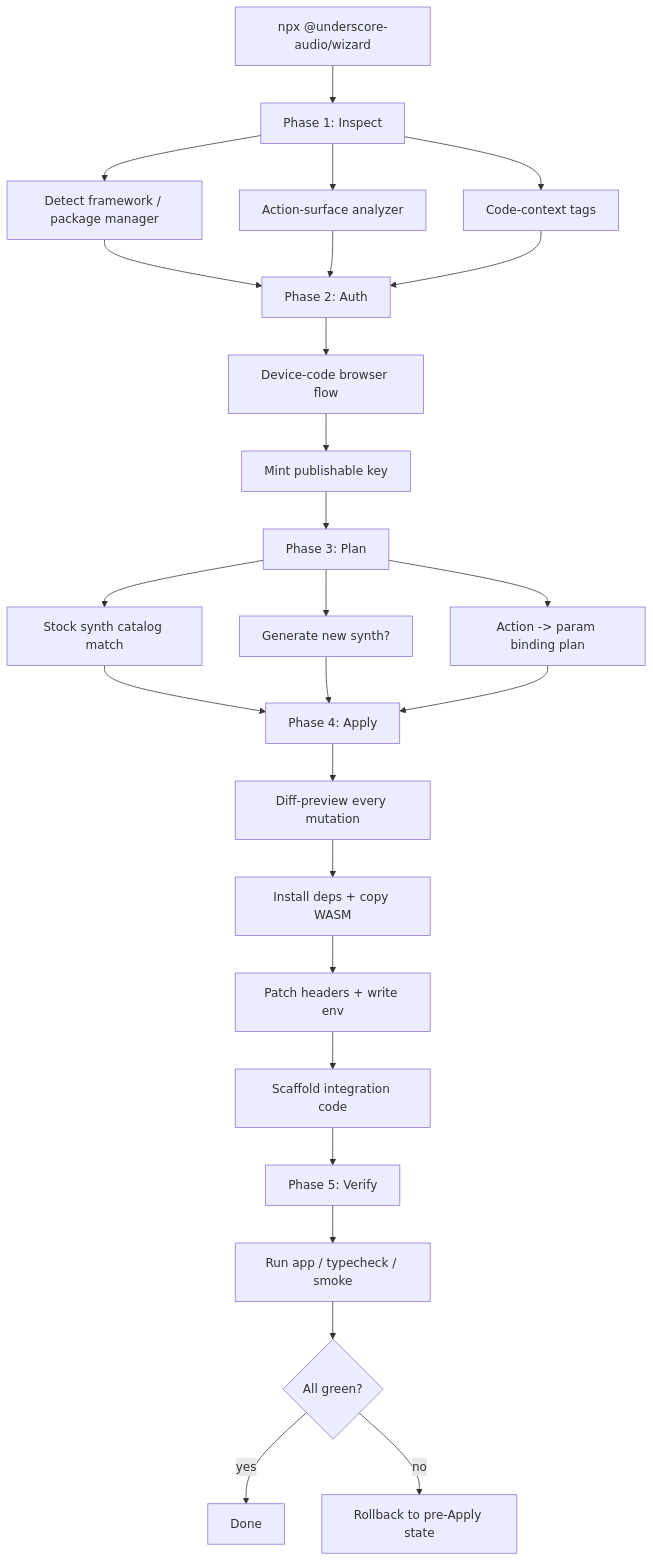
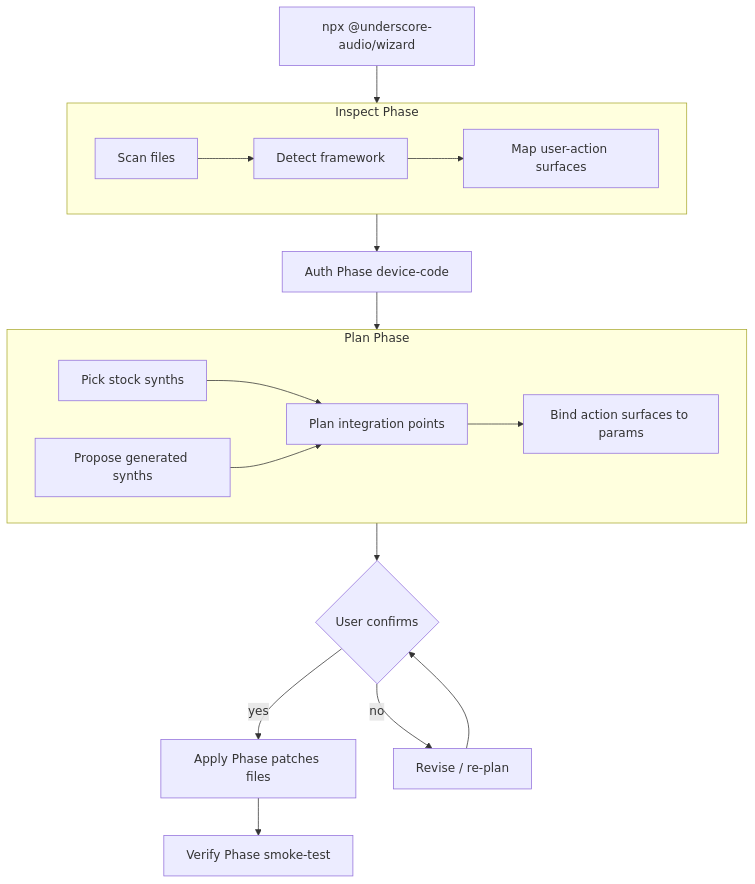
Before and after one commit to underscore-audio/underscore-web-sdk: the diagram in packages/wizard/VISION.md, drawn with Mermaid. The commit also changed other lines of this file, not shown here.

Commit message:
docs(wizard): swap in canonical architecture diagram and open questions

````diff
--- a/packages/wizard/VISION.md
+++ b/packages/wizard/VISION.md
@@ -33,24 +33,28 @@
 ```mermaid
 flowchart TD
-    A[npx @underscore-audio/wizard] --> B[Phase 1: Inspect]
-    B --> B1[Detect framework / package manager]
-    B --> B2[Action-surface analyzer]
-    B --> B3[Code-context tags]
-    B1 & B2 & B3 --> C[Phase 2: Auth]
-    C --> C1[Device-code browser flow]
-    C1 --> C2[Mint publishable key]
-    C2 --> D[Phase 3: Plan]
-    D --> D1[Stock synth catalog match]
-    D --> D2[Generate new synth?]
-    D --> D3[Action -> param binding plan]
-    D1 & D2 & D3 --> E[Phase 4: Apply]
-    E --> E1[Diff-preview every mutation]
-    E1 --> E2[Install deps + copy WASM]
-    E2 --> E3[Patch headers + write env]
-    E3 --> E4[Scaffold integration code]
-    E4 --> F[Phase 5: Verify]
-    F --> F1[Run app / typecheck / smoke]
-    F1 --> G{All green?}
-    G -- yes --> H[Done]
-    G -- no --> I[Rollback to pre-Apply state]
+    cli["npx @underscore-audio/wizard"] --> inspect[Inspect Phase]
+    inspect --> auth[Auth Phase device-code]
+    auth --> plan["Plan Phase build proposal"]
+    plan --> confirm{User confirms}
+    confirm -->|yes| apply[Apply Phase patches files]
+    confirm -->|no| revise[Revise / re-plan]
+    revise --> confirm
+    apply --> verify[Verify Phase smoke-test]
+
+    subgraph inspect [Inspect Phase]
+        repoScan[Scan files]
+        frameworkDetect[Detect framework]
+        actionMap[Map user-action surfaces]
+        repoScan --> frameworkDetect --> actionMap
+    end
+
+    subgraph plan [Plan Phase]
+        catalogPick[Pick stock synths]
+        genProposal[Propose generated synths]
+        wiringPlan[Plan integration points]
+        paramBinding[Bind action surfaces to params]
+        catalogPick --> wiringPlan
+        genProposal --> wiringPlan
+        wiringPlan --> paramBinding
+    end
 ```
````
